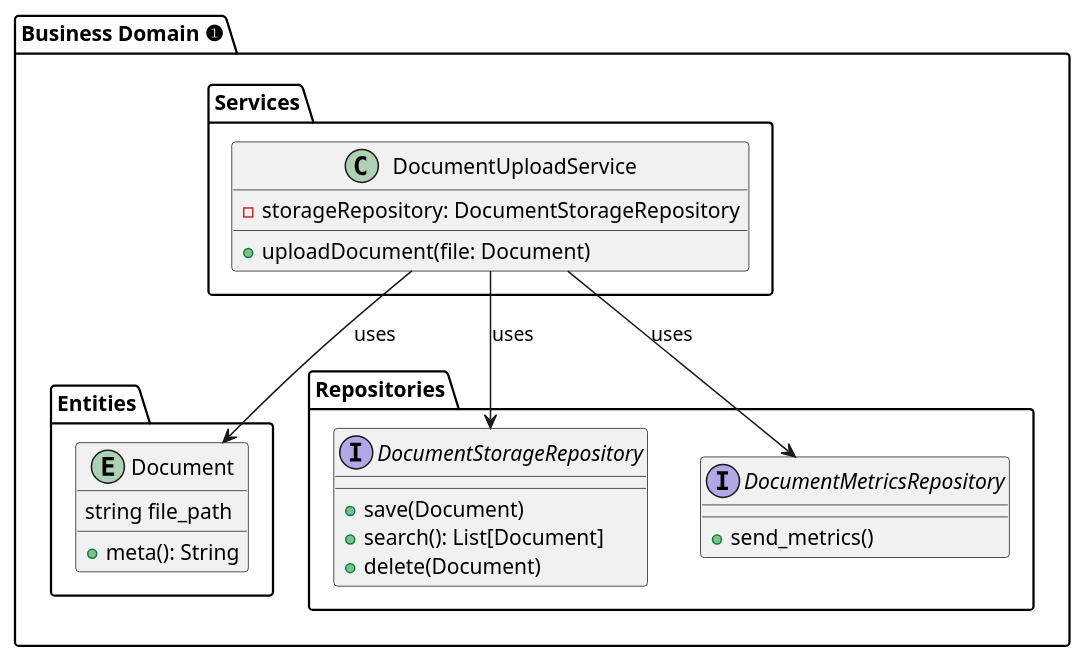
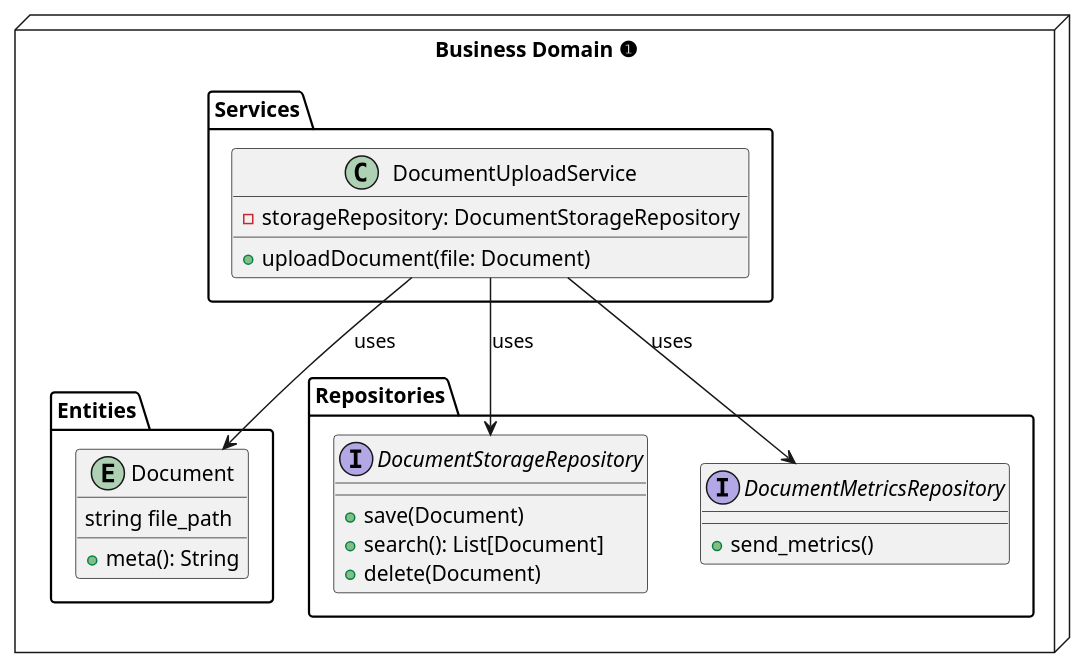
Before and after one commit to dorneanu/slides: the third of 4 diagrams in content/2022-hexagonal-architecture.org, drawn with PlantUML. The commit also changed other lines of this file and 1 other file, not shown here.

```diff
--- a/content/2022-hexagonal-architecture.org
+++ b/content/2022-hexagonal-architecture.org
@@ -236,39 +237,39 @@
 #+begin_src plantuml :file ./images/hexagonal-architecture/example-hex-arch-domain.png  :results file replace :cmdline -charset UTF-8 :exports none
 @startuml
 
-package "Business Domain ❶" as app_core {
+package "Business Domain ❶" as app_core <<Node>> {
     package "Entities" {
        entity Document {
          string file_path
          + meta(): String
        }
     }
 
     package Services {
        class DocumentUploadService {
          - storageRepository: DocumentStorageRepository
          + uploadDocument(file: Document)
        }
     }
 
 	package Repositories {
        interface DocumentStorageRepository {
 	     + save(Document)
 		 + search(): List[Document]
 		 + delete(Document)
 	   }
 
        interface DocumentMetricsRepository {
 		 + send_metrics()
 	   }
 
 	}
 }
 
 
 
 DocumentUploadService --> DocumentStorageRepository: uses
 DocumentUploadService --> DocumentMetricsRepository: uses
 DocumentUploadService --> Document: uses
 @enduml
 #+end_src
```
